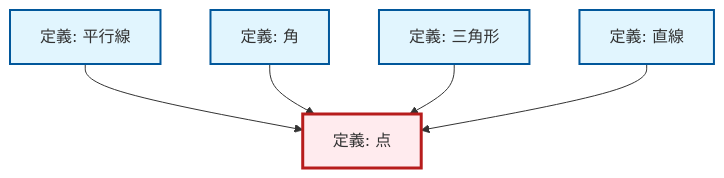
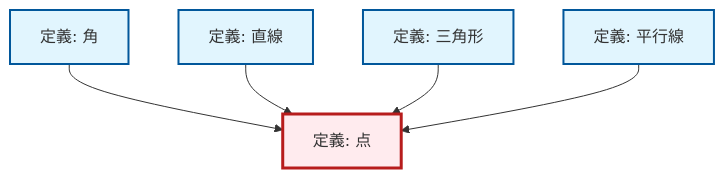
One commit to RK0429/ModernMath changed the diagram in content/ja/geometry/def-point.qmd. Above: the diagram before and after it, drawn with Mermaid. The commit also changed 672 other files, not shown here.

````diff
--- a/content/ja/geometry/def-point.qmd
+++ b/content/ja/geometry/def-point.qmd
@@ -40,23 +40,23 @@
 ```{mermaid}
-%%| fig-cap: "Local dependency graph"
+%%| fig-cap: "ローカル依存関係グラフ"
 graph TD
     classDef definition fill:#e1f5fe,stroke:#01579b,stroke-width:2px
     classDef theorem fill:#f3e5f5,stroke:#4a148c,stroke-width:2px
     classDef axiom fill:#fff3e0,stroke:#e65100,stroke-width:2px
     classDef example fill:#e8f5e9,stroke:#1b5e20,stroke-width:2px
     classDef current fill:#ffebee,stroke:#b71c1c,stroke-width:3px
+    def-line["定義: 直線"]:::definition
     def-triangle["定義: 三角形"]:::definition
+    def-parallel["定義: 平行線"]:::definition
+    def-point["定義: 点"]:::definition
     def-angle["定義: 角"]:::definition
-    def-parallel["定義: 平行線"]:::definition
-    def-line["定義: 直線"]:::definition
-    def-point["定義: 点"]:::definition
+    def-angle --> def-point
+    def-line --> def-point
+    def-triangle --> def-point
     def-parallel --> def-point
-    def-angle --> def-point
-    def-triangle --> def-point
-    def-line --> def-point
     class def-point current
+    click def-line "def-line.html" "直線の定義へ"
     click def-triangle "def-triangle.html" "三角形の定義へ"
+    click def-parallel "def-parallel.html" "平行線の定義へ"
     click def-angle "def-angle.html" "角の定義へ"
-    click def-parallel "def-parallel.html" "平行線の定義へ"
-    click def-line "def-line.html" "直線の定義へ"
 ```
````
